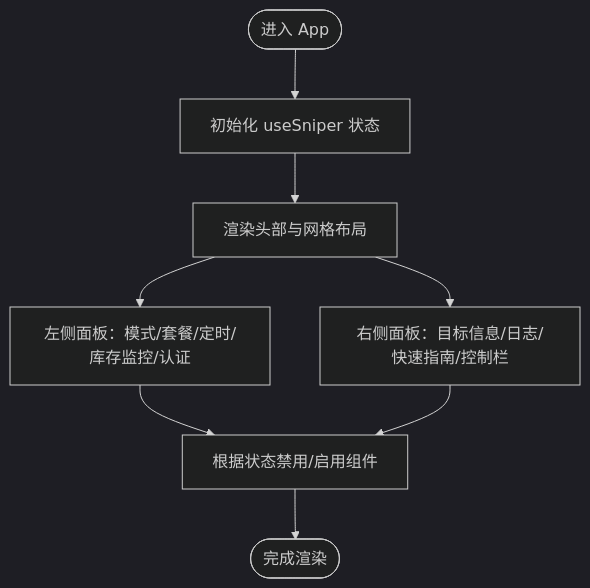
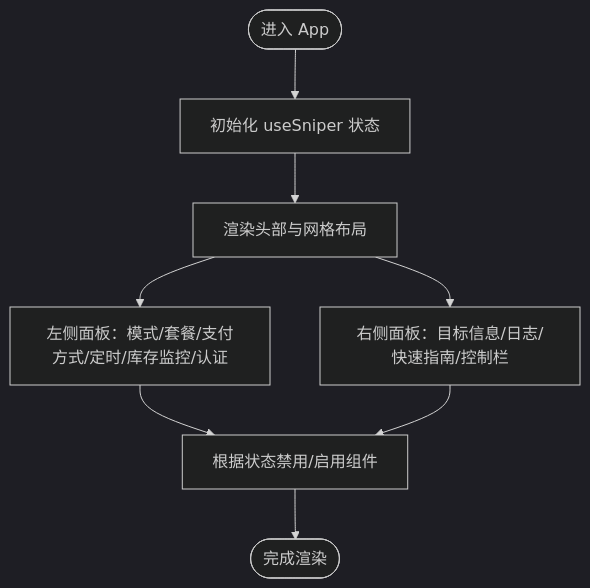
One commit to 16499259-oss/GLM-sniper changed the third of 8 diagrams in .qoder/repowiki/zh/content/核心架构/前端架构设计.md. Above: the diagram before and after it, drawn with Mermaid (dark theme). The commit also changed other lines of this file and 6 other files, not shown here.

````diff
--- a/.qoder/repowiki/zh/content/核心架构/前端架构设计.md
+++ b/.qoder/repowiki/zh/content/核心架构/前端架构设计.md
@@ -136,10 +139,10 @@
 ```mermaid
 flowchart TD
 Start(["进入 App"]) --> Init["初始化 useSniper 状态"]
 Init --> Render["渲染头部与网格布局"]
-Render --> Left["左侧面板：模式/套餐/定时/库存监控/认证"]
+Render --> Left["左侧面板：模式/套餐/支付方式/定时/库存监控/认证"]
 Render --> Right["右侧面板：目标信息/日志/快速指南/控制栏"]
 Left --> Status["根据状态禁用/启用组件"]
 Right --> Status
 Status --> End(["完成渲染"])
 ```
````
